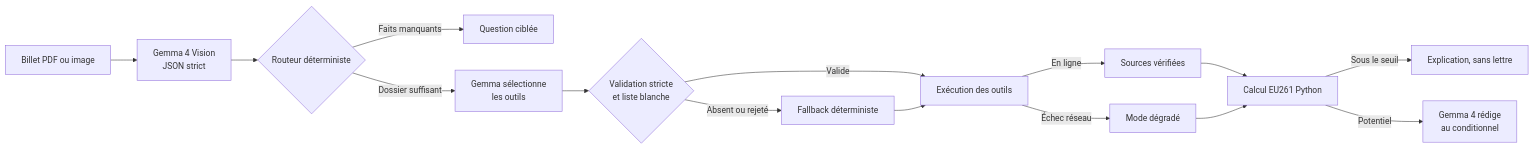
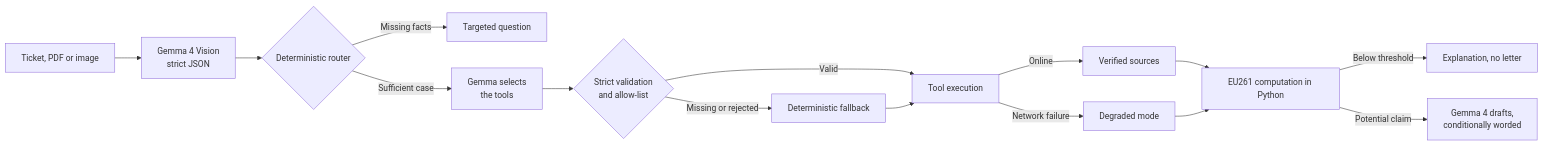
One commit to Wesper-Dev/droit-de-retard changed the diagram in README.md. Above: the diagram before and after it, drawn with Mermaid. The commit also changed other lines of this file and 2 other files, not shown here.

````diff
--- a/README.md
+++ b/README.md
@@ -38,17 +38,17 @@
 ```mermaid
 flowchart LR
-    A["Billet PDF ou image"] --> B["Gemma 4 Vision<br>JSON strict"]
-    B --> C{"Routeur déterministe"}
-    C -->|Faits manquants| D["Question ciblée"]
-    C -->|Dossier suffisant| E["Gemma sélectionne<br>les outils"]
-    E --> F{"Validation stricte<br>et liste blanche"}
-    F -->|Valide| K["Exécution des outils"]
-    F -->|Absent ou rejeté| L["Fallback déterministe"]
-    K -->|En ligne| M["Sources vérifiées"]
-    K -->|Échec réseau| G["Mode dégradé"]
+    A["Ticket, PDF or image"] --> B["Gemma 4 Vision<br>strict JSON"]
+    B --> C{"Deterministic router"}
+    C -->|Missing facts| D["Targeted question"]
+    C -->|Sufficient case| E["Gemma selects<br>the tools"]
+    E --> F{"Strict validation<br>and allow-list"}
+    F -->|Valid| K["Tool execution"]
+    F -->|Missing or rejected| L["Deterministic fallback"]
+    K -->|Online| M["Verified sources"]
+    K -->|Network failure| G["Degraded mode"]
     L --> K
-    M --> H["Calcul EU261 Python"]
+    M --> H["EU261 computation in Python"]
     G --> H
-    H -->|Sous le seuil| I["Explication, sans lettre"]
-    H -->|Potentiel| J["Gemma 4 rédige<br>au conditionnel"]
+    H -->|Below threshold| I["Explanation, no letter"]
+    H -->|Potential claim| J["Gemma 4 drafts,<br>conditionally worded"]
 ```
````
